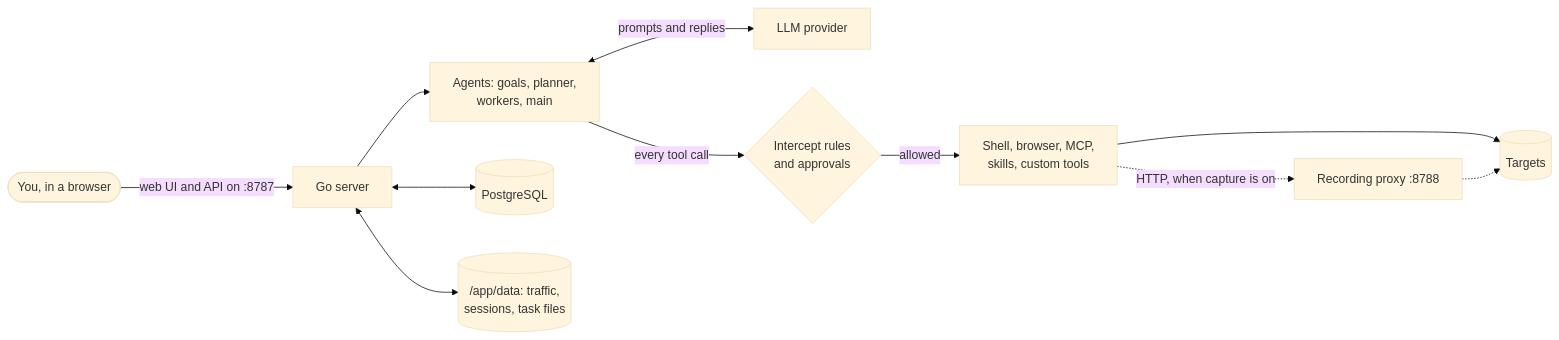
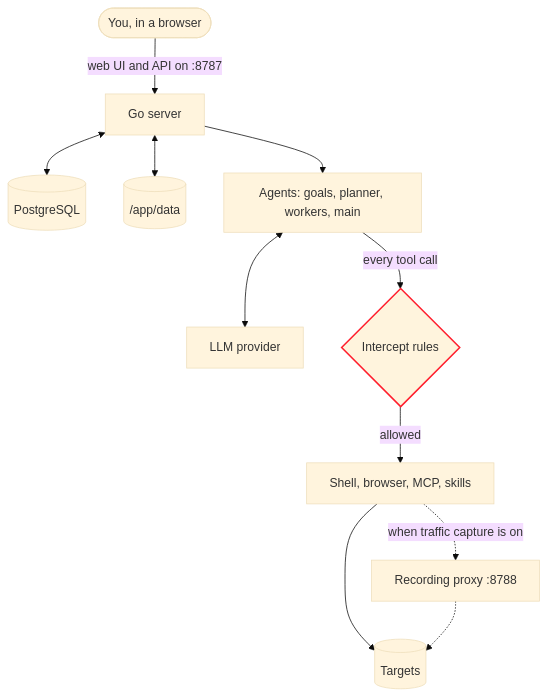
One commit to Rehaan15790/Belphegor changed the diagram in README.md. Above: the diagram before and after it, drawn with Mermaid (base theme).

Commit message:
Make the README diagram readable

````diff
--- a/README.md
+++ b/README.md
@@ -51,13 +51,15 @@
 ```mermaid
-flowchart LR
+flowchart TB
   you(["You, in a browser"]) -->|"web UI and API on :8787"| server["Go server"]
-  server --> agents["Agents: goals, planner,<br/>workers, main"]
-  agents <-->|"prompts and replies"| llm["LLM provider"]
-  agents -->|"every tool call"| rules{"Intercept rules<br/>and approvals"}
-  rules -->|"allowed"| tools["Shell, browser, MCP,<br/>skills, custom tools"]
+  server <--> pg[("PostgreSQL")]
+  server <--> files[("/app/data")]
+  server --> agents["Agents: goals, planner, workers, main"]
+  agents <--> llm["LLM provider"]
+  agents -->|"every tool call"| rules{"Intercept rules"}
+  rules -->|"allowed"| tools["Shell, browser, MCP, skills"]
   tools --> targets[("Targets")]
-  tools -.->|"HTTP, when capture is on"| proxy["Recording proxy :8788"]
+  tools -.->|"when traffic capture is on"| proxy["Recording proxy :8788"]
   proxy -.-> targets
-  server <--> pg[("PostgreSQL")]
-  server <--> files[("/app/data: traffic,<br/>sessions, task files")]
+  classDef gate stroke:#ff1e2d,stroke-width:2px
+  class rules gate
 ```
````
